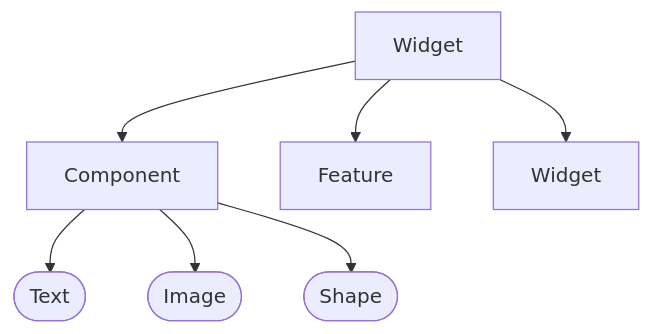
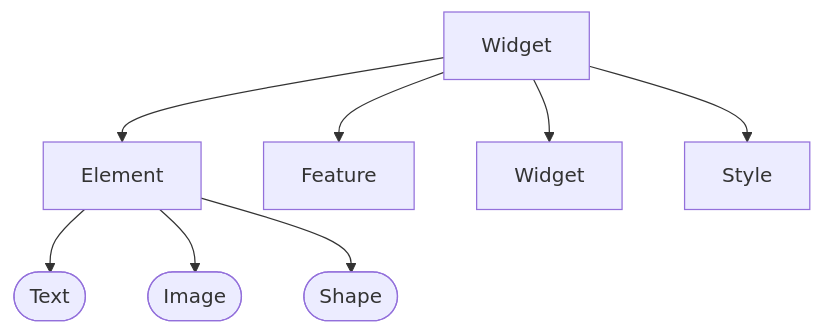
One commit to Xiaokang2022/tkintertools-docs changed the second of 3 diagrams in 3.0/tutorials/chapter_01/3.md. Above: the diagram before and after it, drawn with Mermaid. The commit also changed other lines of this file and 17 other files, not shown here.

````diff
--- a/3.0/tutorials/chapter_01/3.md
+++ b/3.0/tutorials/chapter_01/3.md
@@ -91,14 +86,15 @@
 ```mermaid
 flowchart TB
 
-    1[Component]
+    1[Element]
     2([Text])
     3([Image])
     4([Shape])
     5[Feature]
     6[Widget]
     7[Widget]
+    8[Style]
 
     1 --> 2; 1 --> 3; 1 --> 4;
-    7 --> 6; 7 --> 5; 7 --> 1;
+    7 --> 6; 7 --> 5; 7 --> 8; 7 --> 1;
 ```
````
